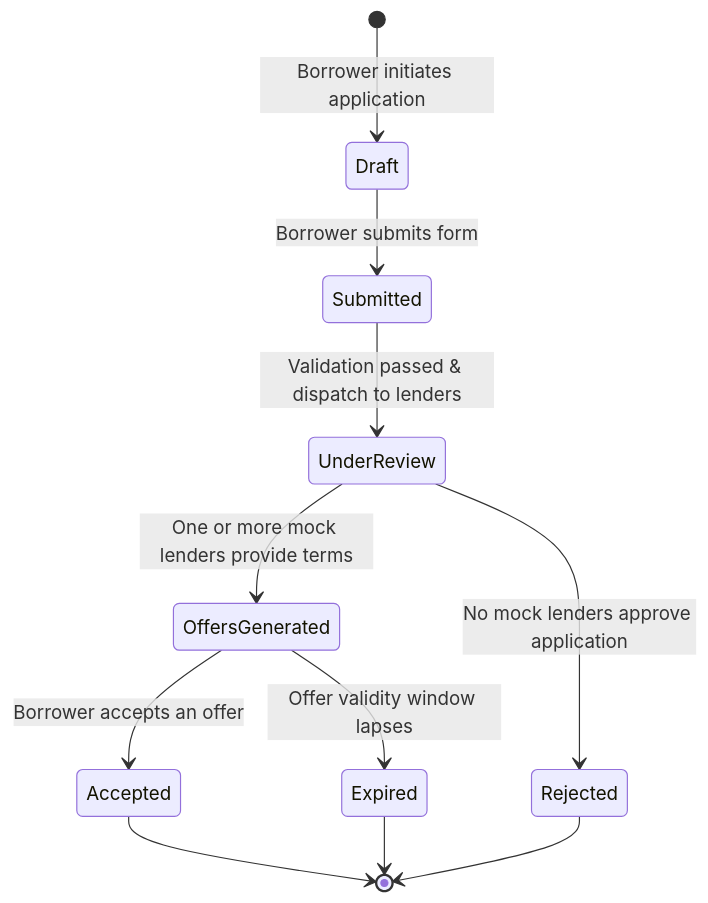
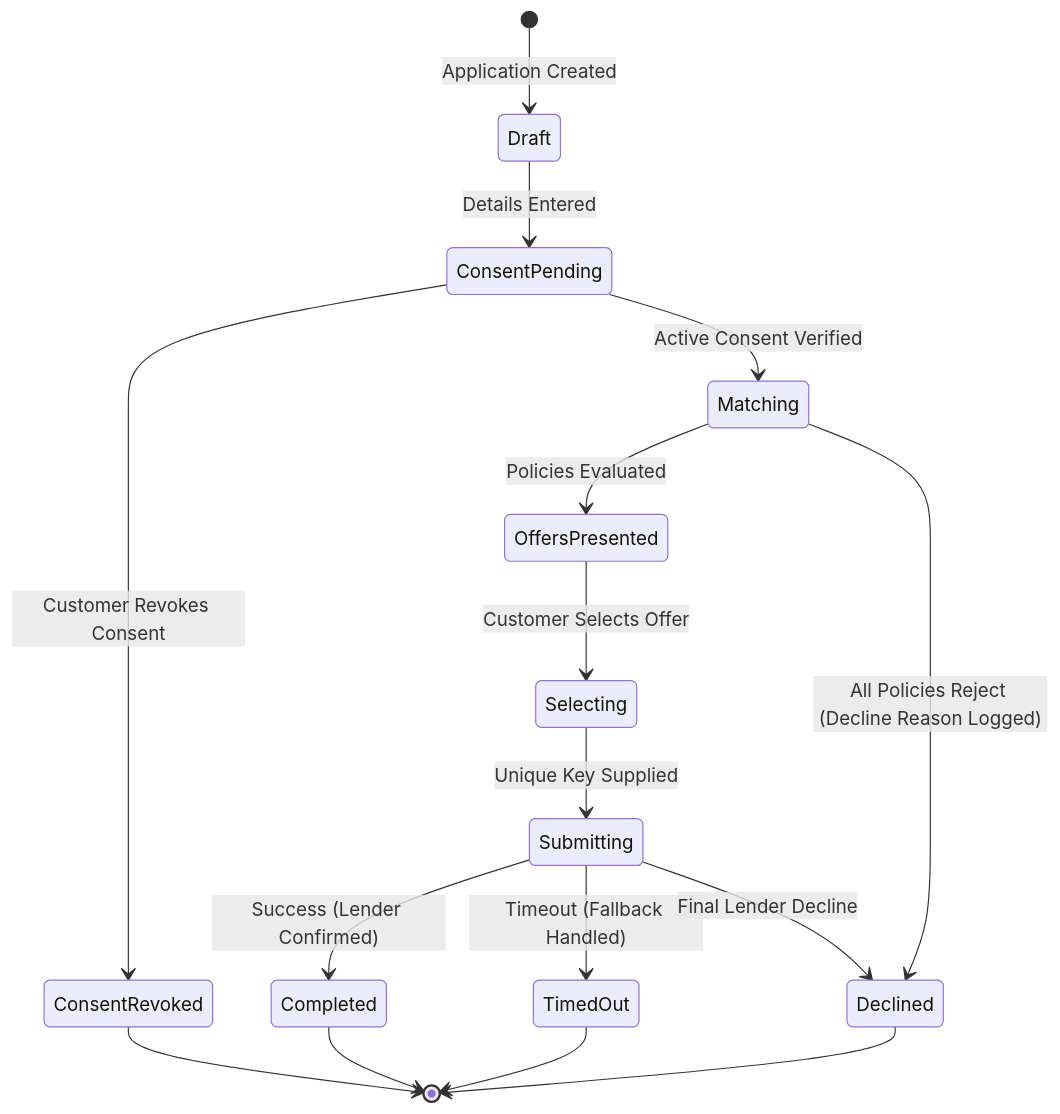
The third of 3 diagrams in docs/workflow.md (Roushan0012/Mini-loan-marketplace), drawn with Mermaid before and after one commit. The commit also changed other lines of this file and 2 other files, not shown here.

````diff
--- a/docs/workflow.md
+++ b/docs/workflow.md
@@ -59,13 +116,18 @@
 ```mermaid
 stateDiagram-v2
-    [*] --> Draft : Borrower initiates application
-    Draft --> Submitted : Borrower submits form
-    Submitted --> UnderReview : Validation passed & dispatch to lenders
-    UnderReview --> OffersGenerated : One or more mock lenders provide terms
-    UnderReview --> Rejected : No mock lenders approve application
-    OffersGenerated --> Accepted : Borrower accepts an offer
-    OffersGenerated --> Expired : Offer validity window lapses
-    Accepted --> [*]
-    Rejected --> [*]
-    Expired --> [*]
+    [*] --> Draft : Application Created
+    Draft --> ConsentPending : Details Entered
+    ConsentPending --> ConsentRevoked : Customer Revokes Consent
+    ConsentPending --> Matching : Active Consent Verified
+    Matching --> OffersPresented : Policies Evaluated
+    Matching --> Declined : All Policies Reject (Decline Reason Logged)
+    OffersPresented --> Selecting : Customer Selects Offer
+    Selecting --> Submitting : Unique Key Supplied
+    Submitting --> Completed : Success (Lender Confirmed)
+    Submitting --> TimedOut : Timeout (Fallback Handled)
+    Submitting --> Declined : Final Lender Decline
+    Completed --> [*]
+    TimedOut --> [*]
+    Declined --> [*]
+    ConsentRevoked --> [*]
 ```
````
